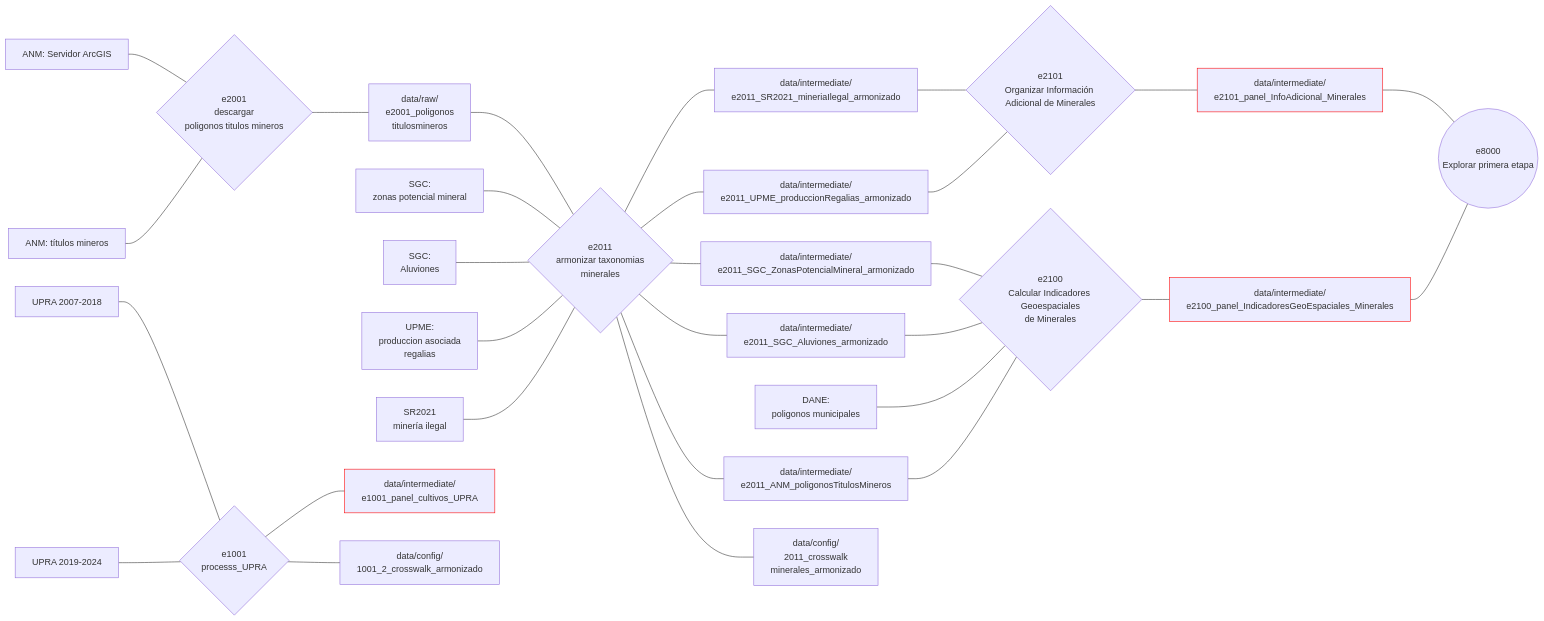
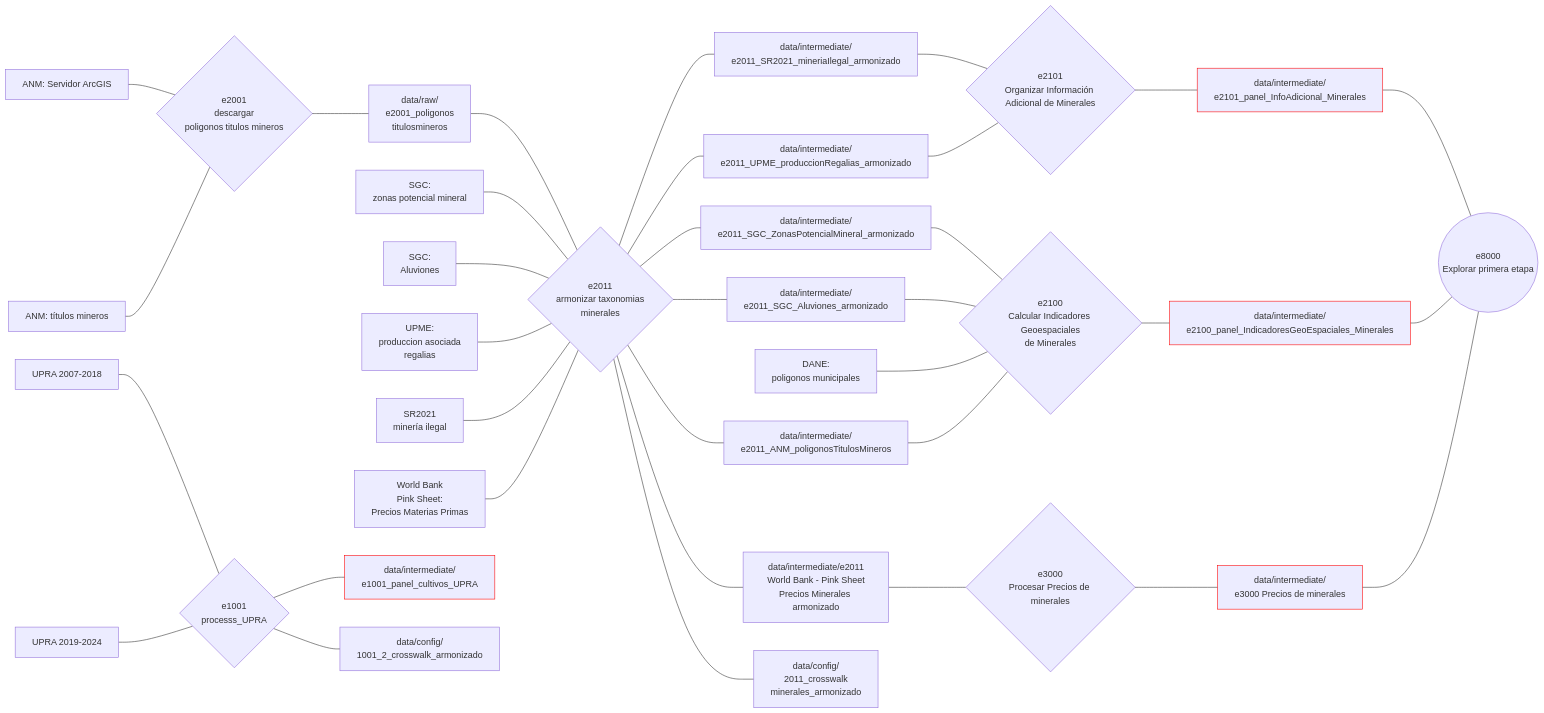
The diagram in README.md (JC-AlfonsoR/PEG-mining-agriculture), drawn with Mermaid before and after one commit. The commit also changed 5 other files, not shown here.

Commit message:
Agregrar precios de minerales

````diff
--- a/README.md
+++ b/README.md
@@ -29,6 +29,9 @@
 minería ilegal]
 DANE_poligonos_municipales[DANE:
 poligonos municipales]
+WB_pinkSheet_preciosMateriasPrimas[World Bank
+Pink Sheet:
+Precios Materias Primas]
 
 %% Bases de datos intermedias
 e2011_poligonos_titulosmineros_armonizado[data/intermediate/
@@ -41,6 +44,11 @@
 e2011_UPME_produccionRegalias_armonizado]
 e2011_SR2021_mineriaIlegal[data/intermediate/
 e2011_SR2021_mineriaIlegal_armonizado]
+e2011_WbPinkSheet_preciosMinerales_armonizado[data/intermediate/e2011
+World Bank - Pink Sheet
+Precios Minerales armonizado]
+
+
 
 %% Bases de datos intermedias para STATA
 e1001_panel_cultivos_UPRA[data/intermediate/
@@ -49,6 +57,8 @@
 e2100_panel_IndicadoresGeoEspaciales_Minerales]:::base_para_stata
 e2101_panel_InfoAdicional_Minerales[data/intermediate/
 e2101_panel_InfoAdicional_Minerales]:::base_para_stata
+e3000_preciosMinerales[data/intermediate/
+e3000 Precios de minerales]:::base_para_stata
 
 %% archivos de configuracion
 1001_2_crosswalk_armonizado[data/config/
@@ -72,6 +82,8 @@
 de Minerales}
 e2101_organizar_informacionAdicional_minerales{e2101
 Organizar Información Adicional de Minerales}
+e3000_procesarPreciosMinerales{e3000
+Procesar Precios de minerales}
 e8000_explorar_primera_etapa((e8000 
 Explorar primera etapa))
 
@@ -96,12 +108,15 @@
 SGC_aluviones---e2011_armonizar_taxonomias_minerales
 UPME_produccion_regalias---e2011_armonizar_taxonomias_minerales
 SR2021_mineria_ilegal---e2011_armonizar_taxonomias_minerales
+WB_pinkSheet_preciosMateriasPrimas---e2011_armonizar_taxonomias_minerales
+
 e2011_armonizar_taxonomias_minerales---2011_crosswalk_minerales_armonizado
 e2011_armonizar_taxonomias_minerales---e2011_poligonos_titulosmineros_armonizado
 e2011_armonizar_taxonomias_minerales---e2011_SGC_ZonasPotencialMineral_armonizado
 e2011_armonizar_taxonomias_minerales---e2011_SGC_Aluviones_armonizado
 e2011_armonizar_taxonomias_minerales---e2011_UPME_produccionRegalias
 e2011_armonizar_taxonomias_minerales---e2011_SR2021_mineriaIlegal
+e2011_armonizar_taxonomias_minerales---e2011_WbPinkSheet_preciosMinerales_armonizado
 
 %% e2100_calcular_instrumentos_potencial
 e2011_SGC_ZonasPotencialMineral_armonizado---e2100_calcular_indicadoresGeoEspaciales_minerales
@@ -116,9 +131,13 @@
 e2011_UPME_produccionRegalias---e2101_organizar_informacionAdicional_minerales
 e2101_organizar_informacionAdicional_minerales---e2101_panel_InfoAdicional_Minerales
 
+%% Precios de minerales
+e2011_WbPinkSheet_preciosMinerales_armonizado---e3000_procesarPreciosMinerales
+e3000_procesarPreciosMinerales---e3000_preciosMinerales
 
 %% Primera etapa STATA
 e2101_panel_InfoAdicional_Minerales---e8000_explorar_primera_etapa
 e2100_panel_IndicadoresGeoEspaciales_Minerales---e8000_explorar_primera_etapa
+e3000_preciosMinerales---e8000_explorar_primera_etapa
 
 ```
````
